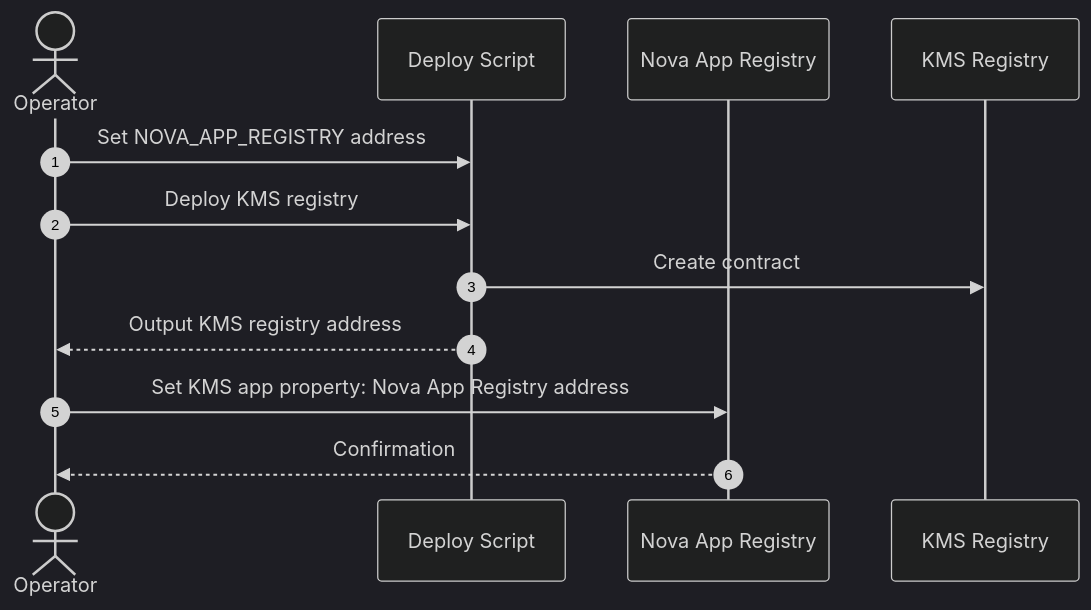
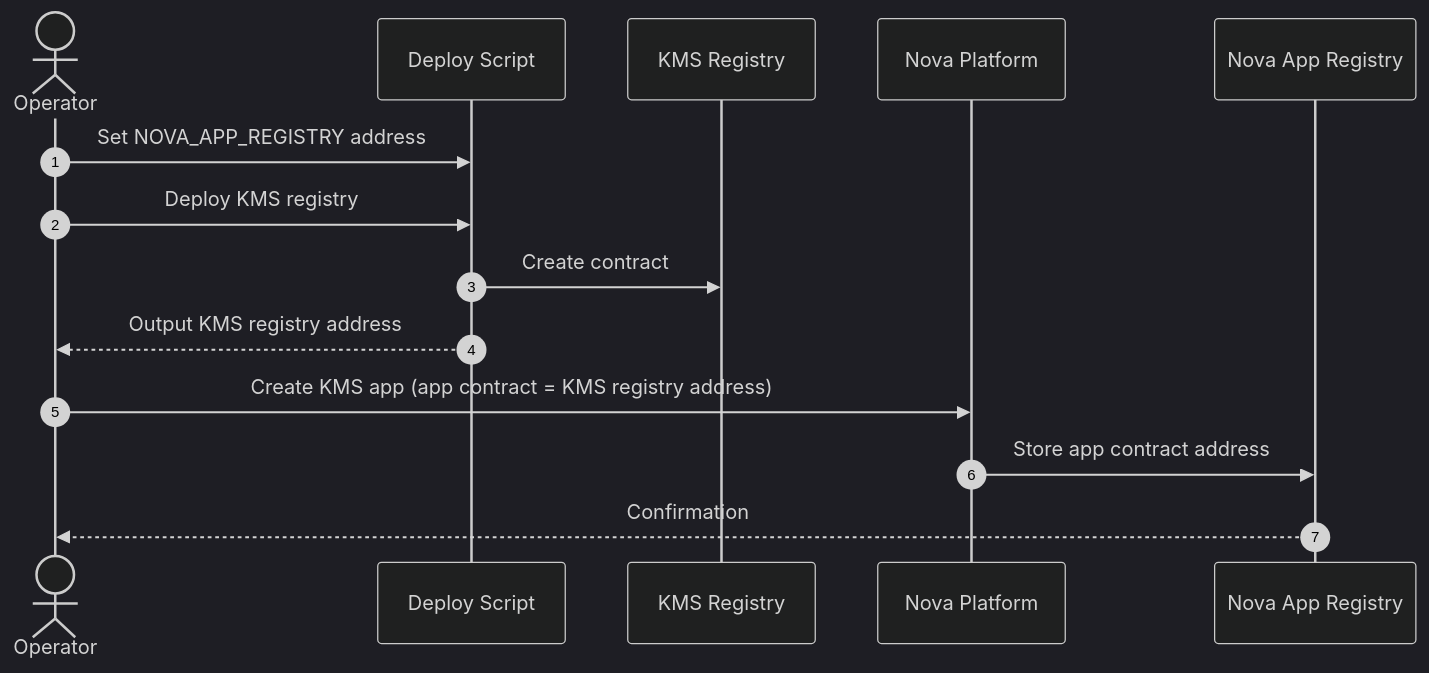
Before and after one commit to sparsity-xyz/nova-kms: the first of 4 diagrams in docs/kms-core-workflows.md, drawn with Mermaid (dark theme). The commit also changed other lines of this file and 3 other files, not shown here.

````diff
--- a/docs/kms-core-workflows.md
+++ b/docs/kms-core-workflows.md
@@ -18,15 +18,17 @@
 ```mermaid
 sequenceDiagram
     autonumber
     actor Operator
     participant DeployScript as Deploy Script
+    participant KMSRegistry as KMS Registry
+    participant NovaPlatform as Nova Platform
     participant NovaRegistry as Nova App Registry
-    participant KMSRegistry as KMS Registry
 
     Operator->>DeployScript: Set NOVA_APP_REGISTRY address
     Operator->>DeployScript: Deploy KMS registry
     DeployScript->>KMSRegistry: Create contract
     DeployScript-->>Operator: Output KMS registry address
-    Operator->>NovaRegistry: Set KMS app property: Nova App Registry address
+    Operator->>NovaPlatform: Create KMS app (app contract = KMS registry address)
+    NovaPlatform->>NovaRegistry: Store app contract address
     NovaRegistry-->>Operator: Confirmation
 ```
````
